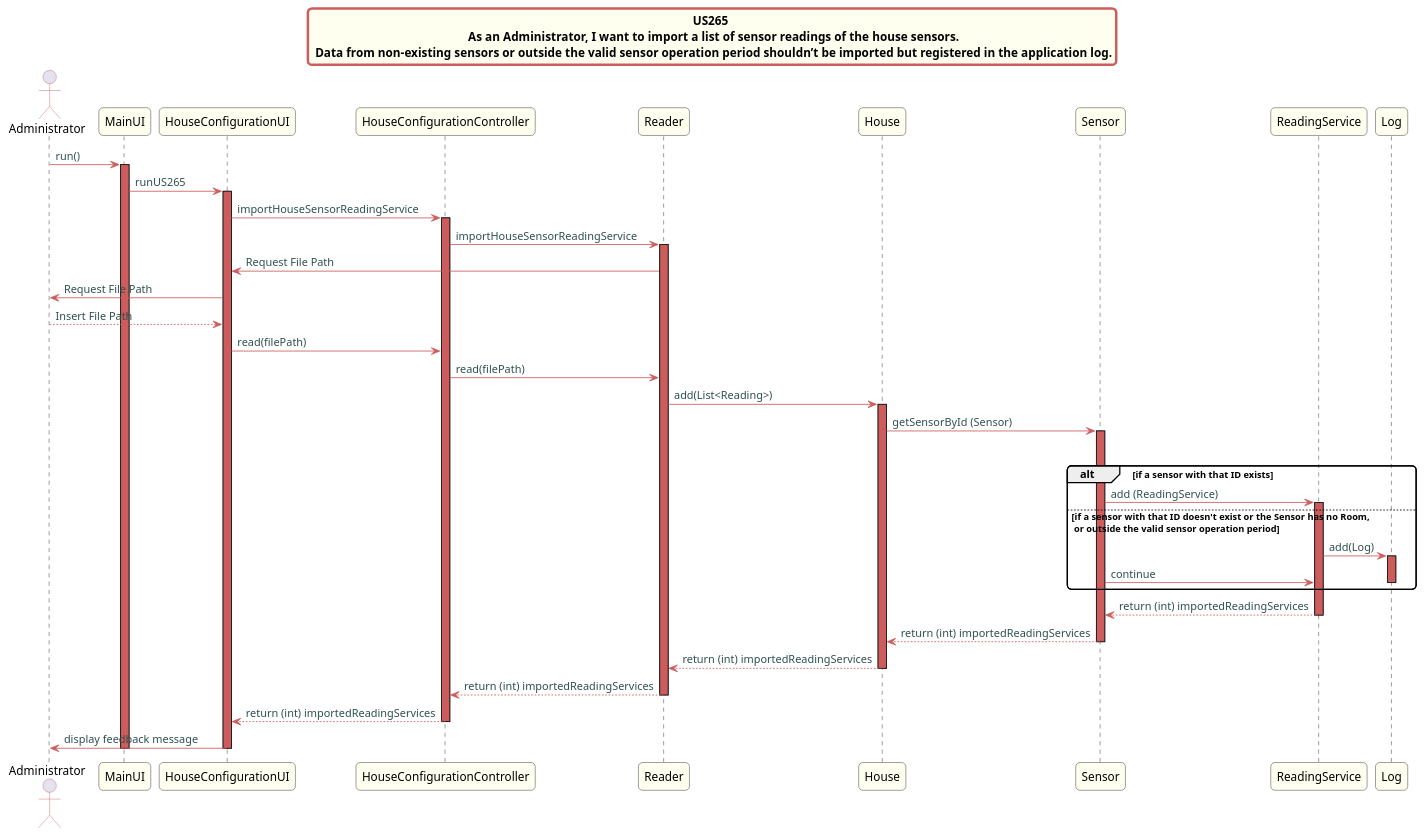
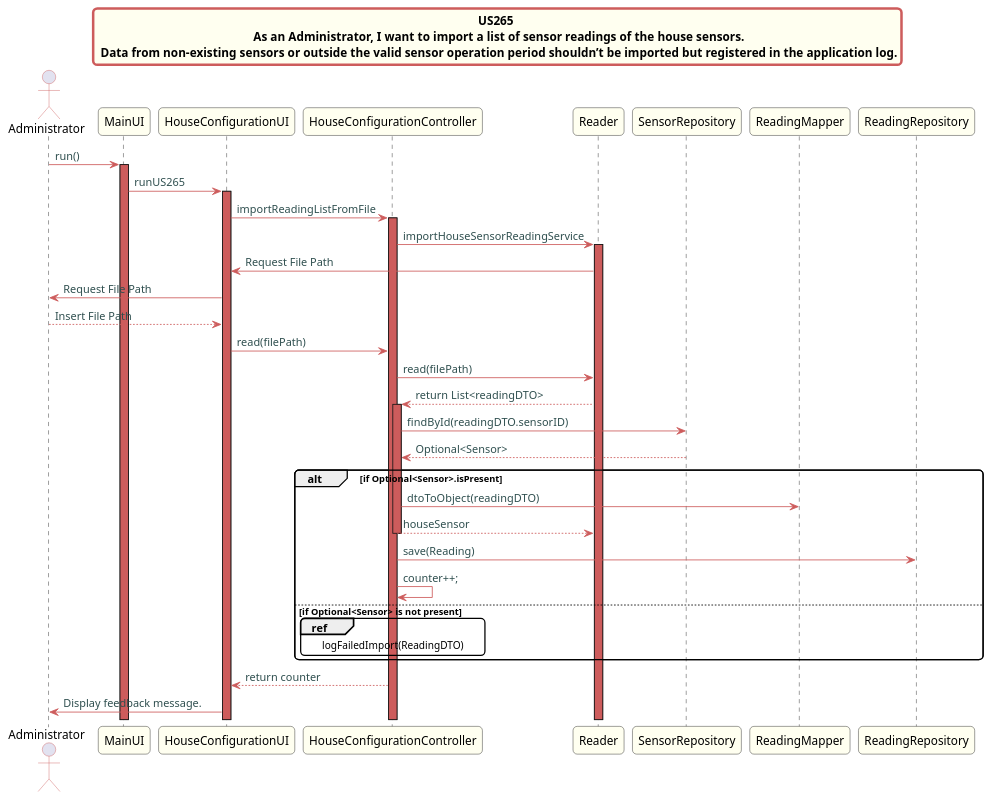
One commit to Almadanmp/project changed the diagram in src/doc/Controllers/HouseConfiguration/US265/US265_sd_HouseConfiguration.puml. Above: the diagram before and after it, drawn with PlantUML.

Commit message:
REF #234 Updated uml

```diff
--- a/src/doc/Controllers/HouseConfiguration/US265/US265_sd_HouseConfiguration.puml
+++ b/src/doc/Controllers/HouseConfiguration/US265/US265_sd_HouseConfiguration.puml
@@ -1,71 +1,61 @@
 @startuml
 
 skinparam titleBorderRoundCorner 10
 skinparam titleBorderThickness 3
 skinparam titleBorderColor indianred
 skinparam titleBackgroundColor ivory
 skinparam FontName quicksand
 
 skinparam actor {
   BorderColor indianred
   }
 
 skinparam sequence {
   LifeLineBackgroundColor indianred
   ParticipantBackgroundColor ivory
 }
 
 skinparam roundcorner 10
 
 skinparam component {
   arrowThickness 1
   ArrowFontName Verdana
   ArrowColor indianred
   ArrowFontColor darkslategrey
 }
 
 title US265 \n  As an Administrator, I want to import a list of sensor readings of the house sensors. \n Data from non-existing sensors or outside the valid sensor operation period shouldn’t be imported but registered in the application log.
 
 
 actor Administrator
 Administrator -> MainUI:run()
 activate MainUI
 MainUI -> HouseConfigurationUI: runUS265
 activate HouseConfigurationUI
-HouseConfigurationUI -> "HouseConfigurationController": importHouseSensorReadingService
+HouseConfigurationUI -> "HouseConfigurationController": importReadingListFromFile
 activate HouseConfigurationController
 HouseConfigurationController -> "Reader": importHouseSensorReadingService
 activate Reader
 Reader -> HouseConfigurationUI: Request File Path
 HouseConfigurationUI -> Administrator: Request File Path
 Administrator --> HouseConfigurationUI: Insert File Path
 HouseConfigurationUI -> HouseConfigurationController: read(filePath)
 HouseConfigurationController -> "Reader": read(filePath)
-"Reader" -> "House": add(List<Reading>)
-activate House
-"House" -> "Sensor": getSensorById (Sensor)
-activate Sensor
-loop
-alt if a sensor with that ID exists
-"Sensor" -> "ReadingService": add (ReadingService)
-activate ReadingService
-else if a sensor with that ID doesn't exist or the Sensor has no Room, \n or outside the valid sensor operation period
-"ReadingService" -> "Log": add(Log)
-activate Log
-"Sensor" -> "ReadingService": continue
-deactivate Log
+"Reader" --> HouseConfigurationController: return List<readingDTO>
+activate HouseConfigurationController
+HouseConfigurationController -> SensorRepository: findById(readingDTO.sensorID)
+SensorRepository --> HouseConfigurationController: Optional<Sensor>
+alt if Optional<Sensor>.isPresent
+HouseConfigurationController -> ReadingMapper: dtoToObject(readingDTO)
+return houseSensor
+HouseConfigurationController -> ReadingRepository: save(Reading)
+HouseConfigurationController -> HouseConfigurationController: counter++;
+else if Optional<Sensor> is not present
+ref over HouseConfigurationController
+logFailedImport(ReadingDTO)
 end
-"ReadingService" --> "Sensor": return (int) importedReadingServices
-deactivate ReadingService
-"Sensor" --> "House": return (int) importedReadingServices
-deactivate Sensor
-"House" --> "Reader": return (int) importedReadingServices
-deactivate House
-"Reader" --> "HouseConfigurationController": return (int) importedReadingServices
-deactivate Reader
-HouseConfigurationController --> HouseConfigurationUI: return (int) importedReadingServices
-deactivate HouseConfigurationController
-HouseConfigurationUI -> Administrator: display feedback message
-deactivate HouseConfigurationUI
-deactivate MainUI
+end
+HouseConfigurationController --> HouseConfigurationUI: return counter
+
+HouseConfigurationUI -> Administrator: Display feedback message.
 @enduml
```
